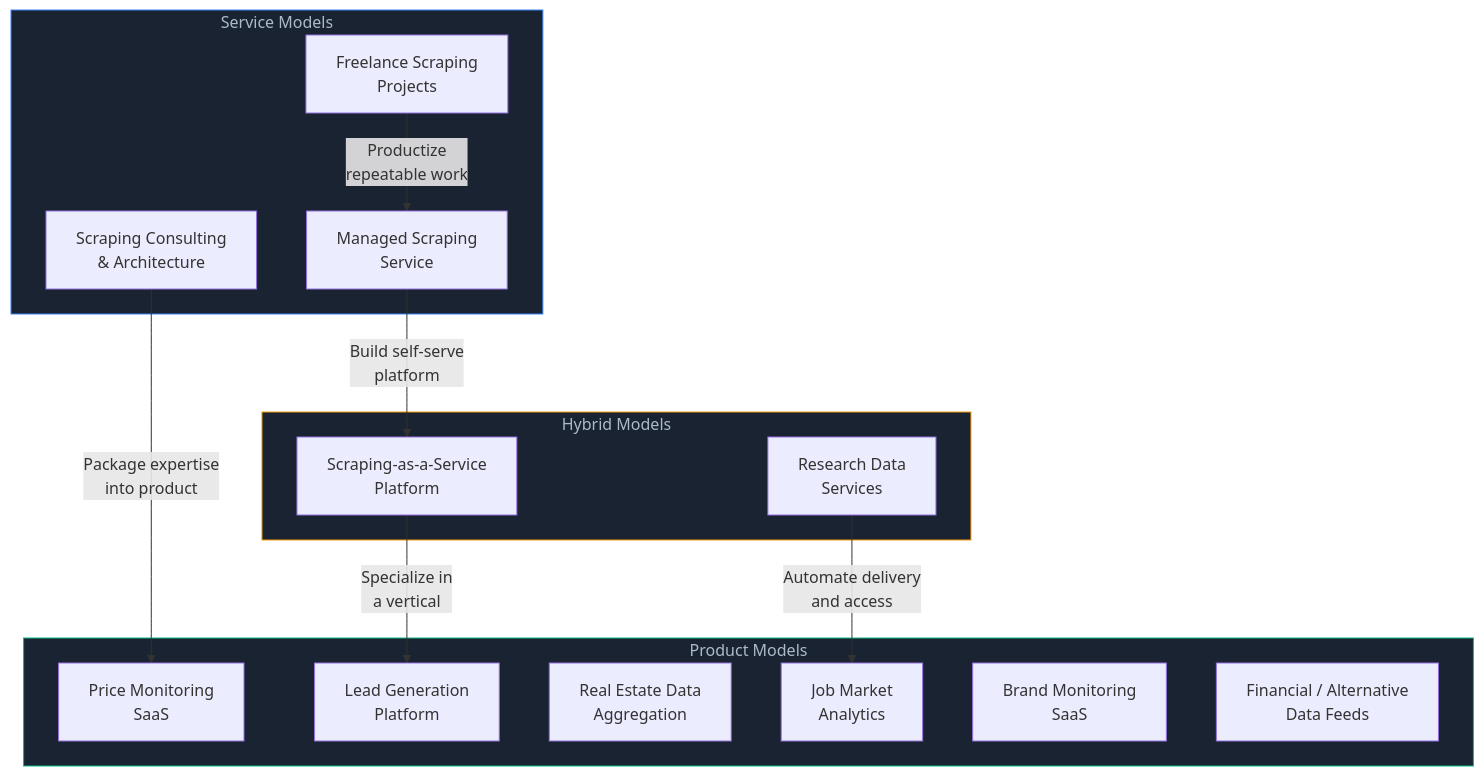
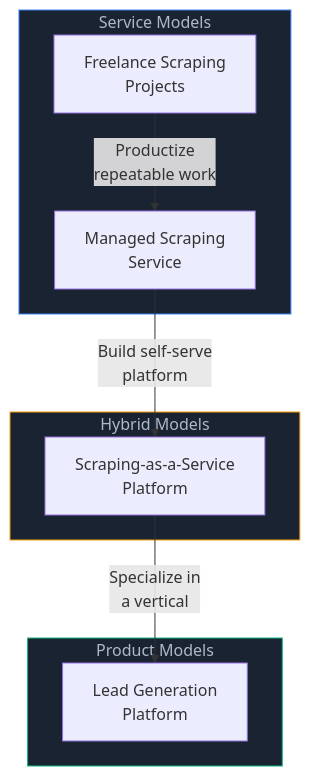
The second of 6 diagrams in _posts/2026-02-27-web-scraping-for-profit-legitimate-business-models.md (bytetunnels/bytetunnels.github.com), drawn with Mermaid before and after one commit. The commit also changed other lines of this file and 118 other files, not shown here.

Commit message:
feat: improve diagram styling and compact wide flowcharts

````diff
--- a/_posts/2026-02-27-web-scraping-for-profit-legitimate-business-models.md
+++ b/_posts/2026-02-27-web-scraping-for-profit-legitimate-business-models.md
@@ -456,32 +456,23 @@
 ```mermaid
 graph TD
     subgraph Service["Service Models"]
-        A["Freelance Scraping<br>Projects"]
-        B["Managed Scraping<br>Service"]
-        C["Scraping Consulting<br>& Architecture"]
+        A["Freelance Scraping<br/>Projects"]
+        B["Managed Scraping<br/>Service"]
     end
 
     subgraph Hybrid["Hybrid Models"]
-        D["Research Data<br>Services"]
-        E["Scraping-as-a-Service<br>Platform"]
+        E["Scraping-as-a-Service<br/>Platform"]
     end
 
     subgraph Product["Product Models"]
-        F["Price Monitoring<br>SaaS"]
-        G["Lead Generation<br>Platform"]
-        H["Real Estate Data<br>Aggregation"]
-        I["Job Market<br>Analytics"]
-        J["Brand Monitoring<br>SaaS"]
-        K["Financial / Alternative<br>Data Feeds"]
+        G["Lead Generation<br/>Platform"]
     end
 
     A -->|"Productize<br>repeatable work"| B
     B -->|"Build self-serve<br>platform"| E
-    C -->|"Package expertise<br>into product"| F
-    D -->|"Automate delivery<br>and access"| I
     E -->|"Specialize in<br>a vertical"| G
 
     style Service fill:#1a2332,stroke:#3b82f6,color:#adbac7
     style Hybrid fill:#1a2332,stroke:#f59e0b,color:#adbac7
     style Product fill:#1a2332,stroke:#10b981,color:#adbac7
 ```
````
